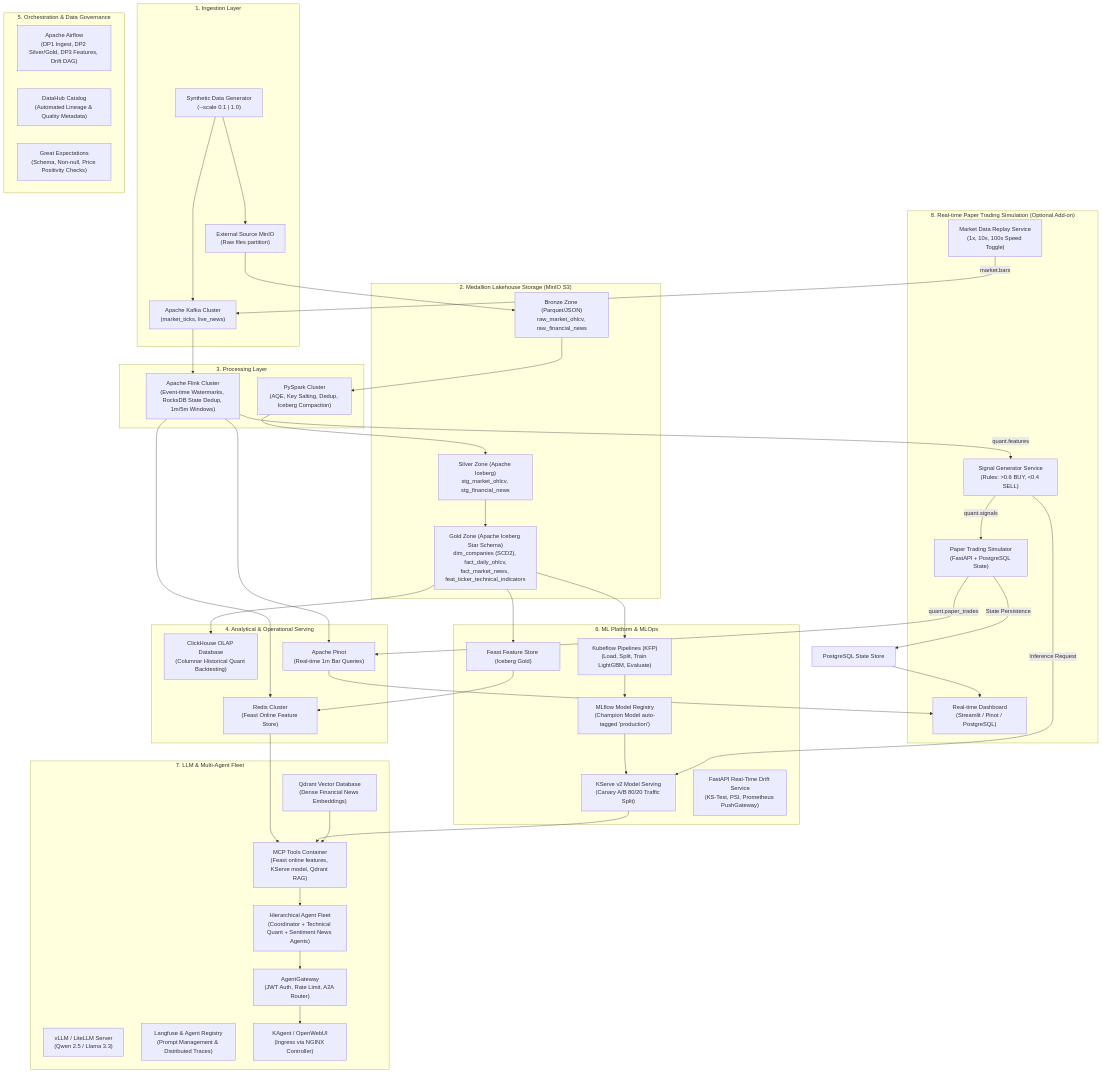
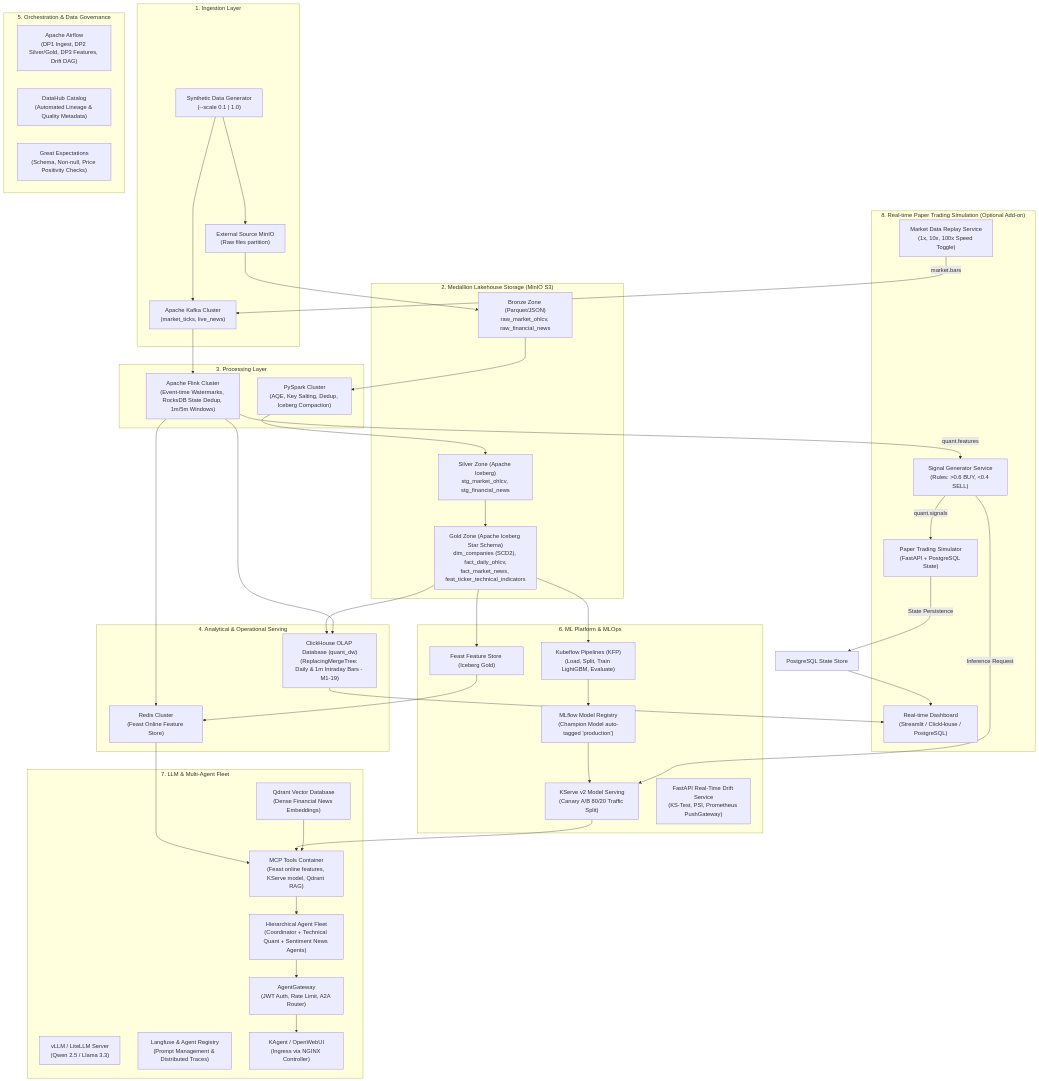
The diagram in docs/ARCHITECTURE_BLUEPRINT.md (LongDeutsch/edai_quant_k11), drawn with Mermaid before and after one commit. The commit also changed other lines of this file and 159 other files, not shown here.

Commit message:
update backtesting phase 5 and clickhouse UI dashboard for live trading/pnl/signal phase 6

````diff
--- a/docs/ARCHITECTURE_BLUEPRINT.md
+++ b/docs/ARCHITECTURE_BLUEPRINT.md
@@ -33,8 +33,7 @@
     end
 
     subgraph ServingLayer["4. Analytical & Operational Serving"]
-        ClickHouseDB["ClickHouse OLAP Database<br>(Columnar Historical Quant Backtesting)"]
-        PinotRealtime["Apache Pinot<br>(Real-time 1m Bar Queries)"]
+        ClickHouseDB["ClickHouse OLAP Database (quant_dw)<br>(ReplacingMergeTree: Daily & 1m Intraday Bars - M1-19)"]
         RedisOnline["Redis Cluster<br>(Feast Online Feature Store)"]
     end
 
@@ -66,7 +65,7 @@
         ReplayEngine["Market Data Replay Service<br>(1x, 10x, 100x Speed Toggle)"]
         SignalEngine["Signal Generator Service<br>(Rules: >0.6 BUY, <0.4 SELL)"]
         PaperSim["Paper Trading Simulator<br>(FastAPI + PostgreSQL State)"]
-        LiveDash["Real-time Dashboard<br>(Streamlit / Pinot / PostgreSQL)"]
+        LiveDash["Real-time Dashboard<br>(Streamlit / ClickHouse / PostgreSQL)"]
     end
 
     %% Key interconnections
@@ -78,7 +77,7 @@
     SparkBatch --> SilverZone
     SilverZone --> GoldZone
     GoldZone --> ClickHouseDB
-    FlinkStream --> PinotRealtime
+    FlinkStream --> ClickHouseDB
     FlinkStream --> RedisOnline
     GoldZone --> FeastOffline
     FeastOffline --> RedisOnline
@@ -97,8 +96,7 @@
     FlinkStream -->|"quant.features"| SignalEngine
     SignalEngine -->|"Inference Request"| KServeInfra
     SignalEngine -->|"quant.signals"| PaperSim
-    PaperSim -->|"quant.paper_trades"| PinotRealtime
     PaperSim -->|"State Persistence"| PostgreSQLState["PostgreSQL State Store"]
     PostgreSQLState --> LiveDash
-    PinotRealtime --> LiveDash
+    ClickHouseDB --> LiveDash
 ```
````
